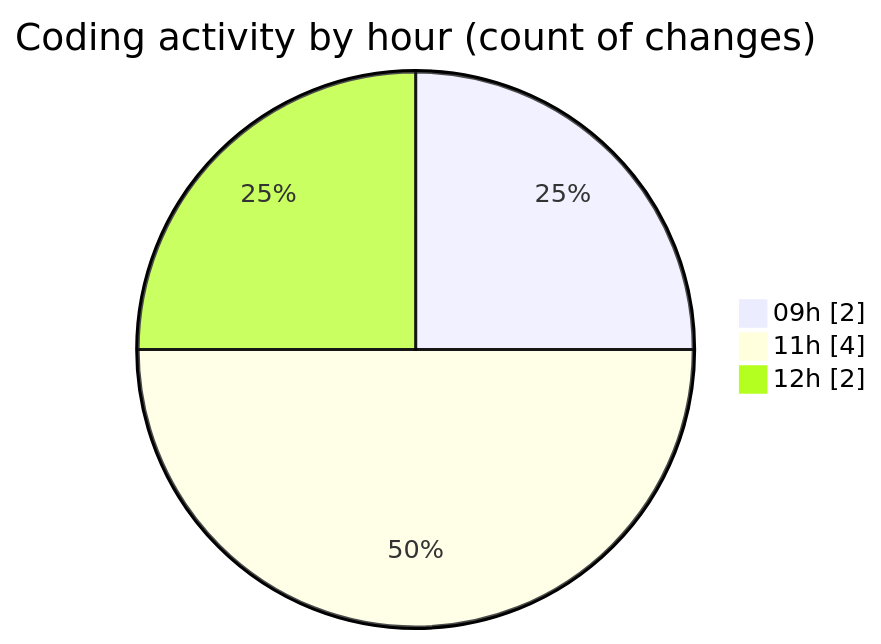
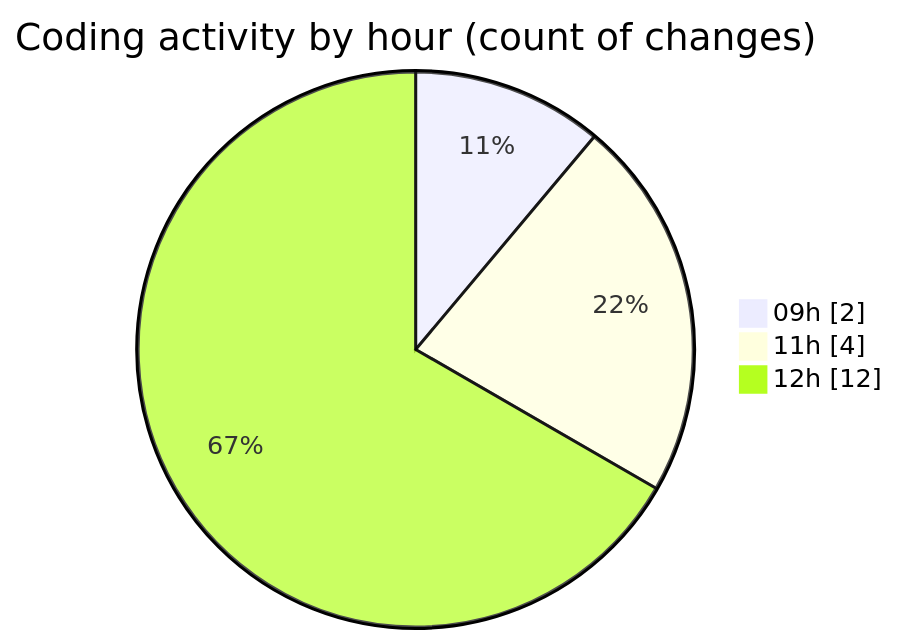
One commit to Elitesun/code-tracking changed the second of 2 diagrams in 2025-04-30/niten/README.md. Above: the diagram before and after it, drawn with Mermaid. The commit also changed other lines of this file and 1 other file, not shown here.

````diff
--- a/2025-04-30/niten/README.md
+++ b/2025-04-30/niten/README.md
@@ -32,7 +37,7 @@
 ```mermaid
 pie showData
 title Coding activity by hour (count of changes)
 "09h" : 2
 "11h" : 4
-"12h" : 2
+"12h" : 12
 ```
````
